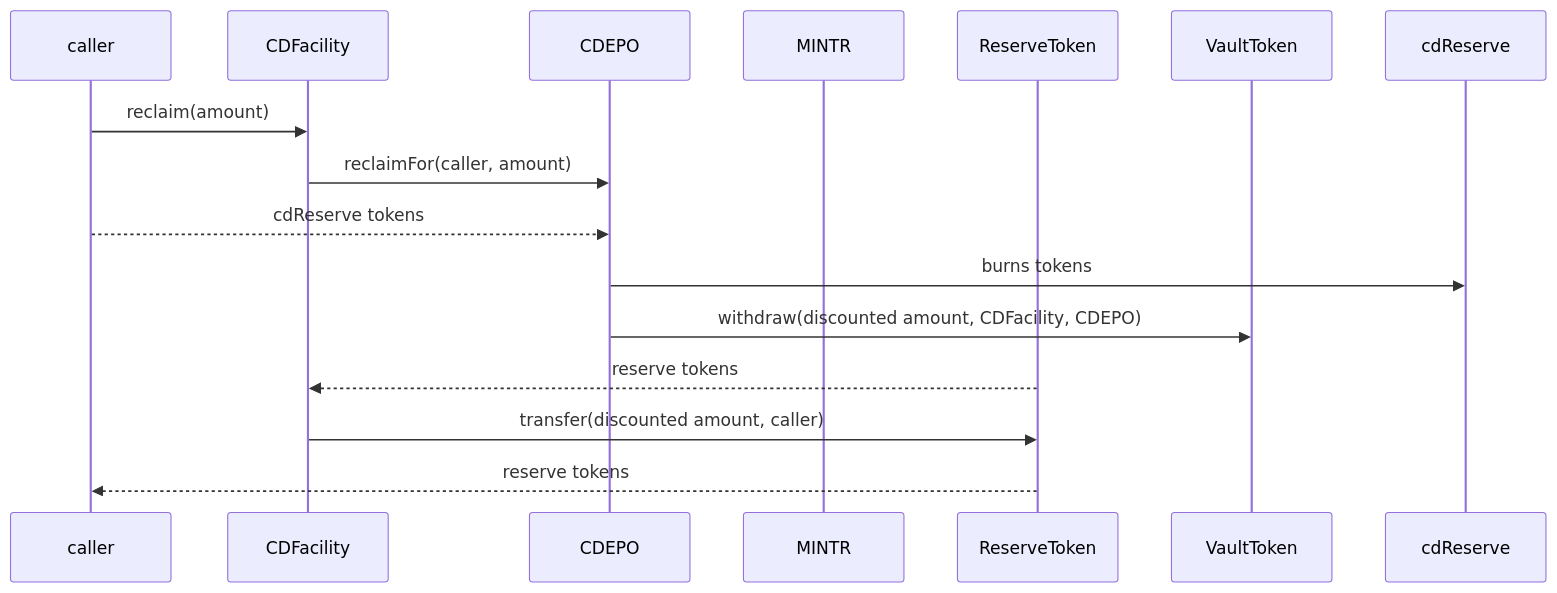
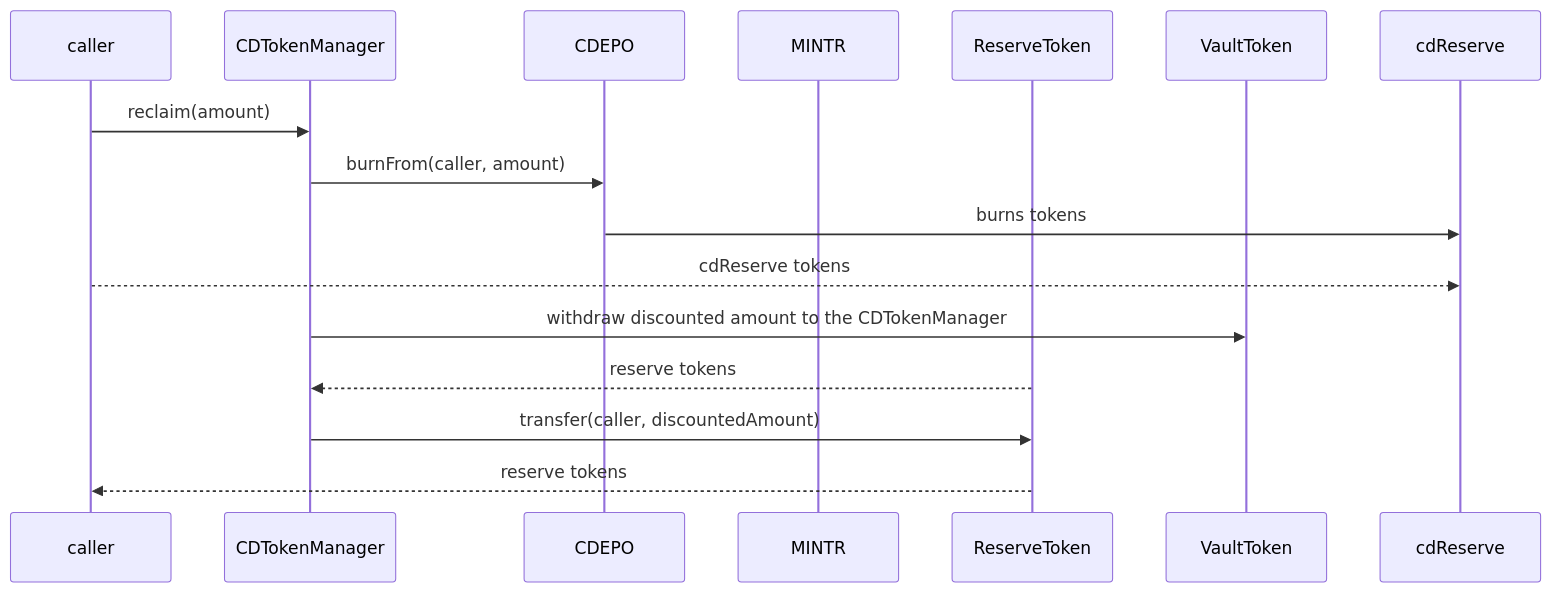
One commit to OlympusDAO/olympus-v3 changed the fifth of 7 diagrams in audit/2025-01_convertible-deposits/README.md. Above: the diagram before and after it, drawn with Mermaid. The commit also changed other lines of this file, not shown here.

````diff
--- a/audit/2025-01_convertible-deposits/README.md
+++ b/audit/2025-01_convertible-deposits/README.md
@@ -306,19 +325,19 @@
 ```mermaid
 sequenceDiagram
     participant caller
-    participant CDFacility
+    participant CDTokenManager
     participant CDEPO
     participant MINTR
     participant ReserveToken
     participant VaultToken
     participant cdReserve
 
-    caller->>CDFacility: reclaim(amount)
-    CDFacility->>CDEPO: reclaimFor(caller, amount)
-    caller-->>CDEPO: cdReserve tokens
+    caller->>CDTokenManager: reclaim(amount)
+    CDTokenManager->>CDEPO: burnFrom(caller, amount)
     CDEPO->>cdReserve: burns tokens
-    CDEPO->>VaultToken: withdraw(discounted amount, CDFacility, CDEPO)
-    ReserveToken-->>CDFacility: reserve tokens
-    CDFacility->>ReserveToken: transfer(discounted amount, caller)
+    caller-->>cdReserve: cdReserve tokens
+    CDTokenManager->>VaultToken: withdraw discounted amount to the CDTokenManager
+    ReserveToken-->>CDTokenManager: reserve tokens
+    CDTokenManager->>ReserveToken: transfer(caller, discountedAmount)
     ReserveToken-->>caller: reserve tokens
 ```
````
